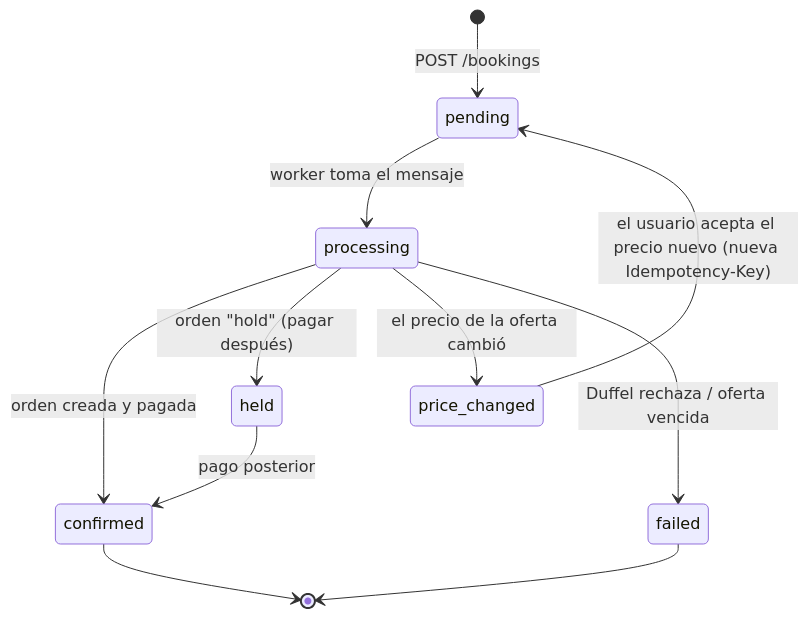
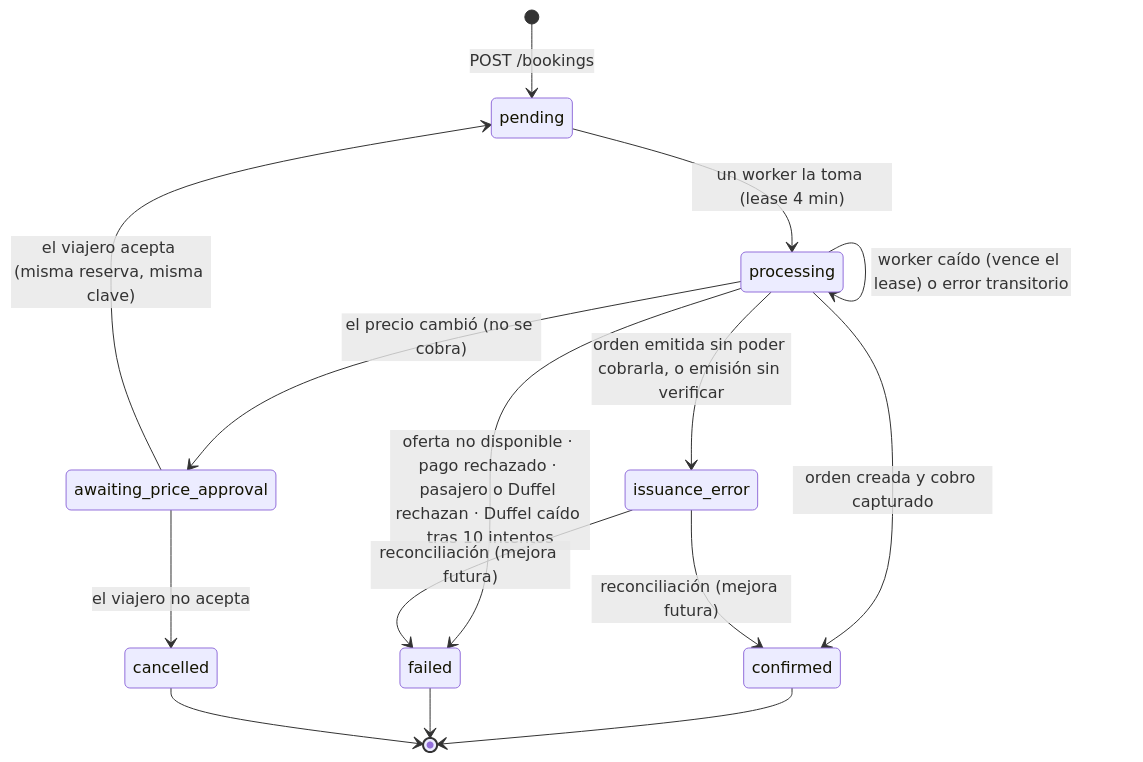
Before and after one commit to jgr7003/booking-system: the fourth of 12 diagrams in docs/architecture/02-reserva-vuelos.md, drawn with Mermaid. The commit also changed other lines of this file and 290 other files, not shown here.

````diff
--- a/docs/architecture/02-reserva-vuelos.md
+++ b/docs/architecture/02-reserva-vuelos.md
@@ -157,13 +238,17 @@
 ```mermaid
 stateDiagram-v2
     [*] --> pending: POST /bookings
-    pending --> processing: worker toma el mensaje
-    processing --> confirmed: orden creada y pagada
-    processing --> held: orden "hold" (pagar después)
-    processing --> price_changed: el precio de la oferta cambió
-    processing --> failed: Duffel rechaza / oferta vencida
-    price_changed --> pending: el usuario acepta el precio nuevo (nueva Idempotency-Key)
-    held --> confirmed: pago posterior
+    pending --> processing: un worker la toma (lease 4 min)
+    processing --> processing: worker caído (vence el lease) o error transitorio
+    processing --> confirmed: orden creada y cobro capturado
+    processing --> awaiting_price_approval: el precio cambió (no se cobra)
+    processing --> failed: oferta no disponible · pago rechazado · pasajero o Duffel rechazan · Duffel caído tras 10 intentos
+    processing --> issuance_error: orden emitida sin poder cobrarla, o emisión sin verificar
+    awaiting_price_approval --> pending: el viajero acepta (misma reserva, misma clave)
+    awaiting_price_approval --> cancelled: el viajero no acepta
     confirmed --> [*]
     failed --> [*]
+    cancelled --> [*]
+    issuance_error --> confirmed: reconciliación (mejora futura)
+    issuance_error --> failed: reconciliación (mejora futura)
 ```
````
